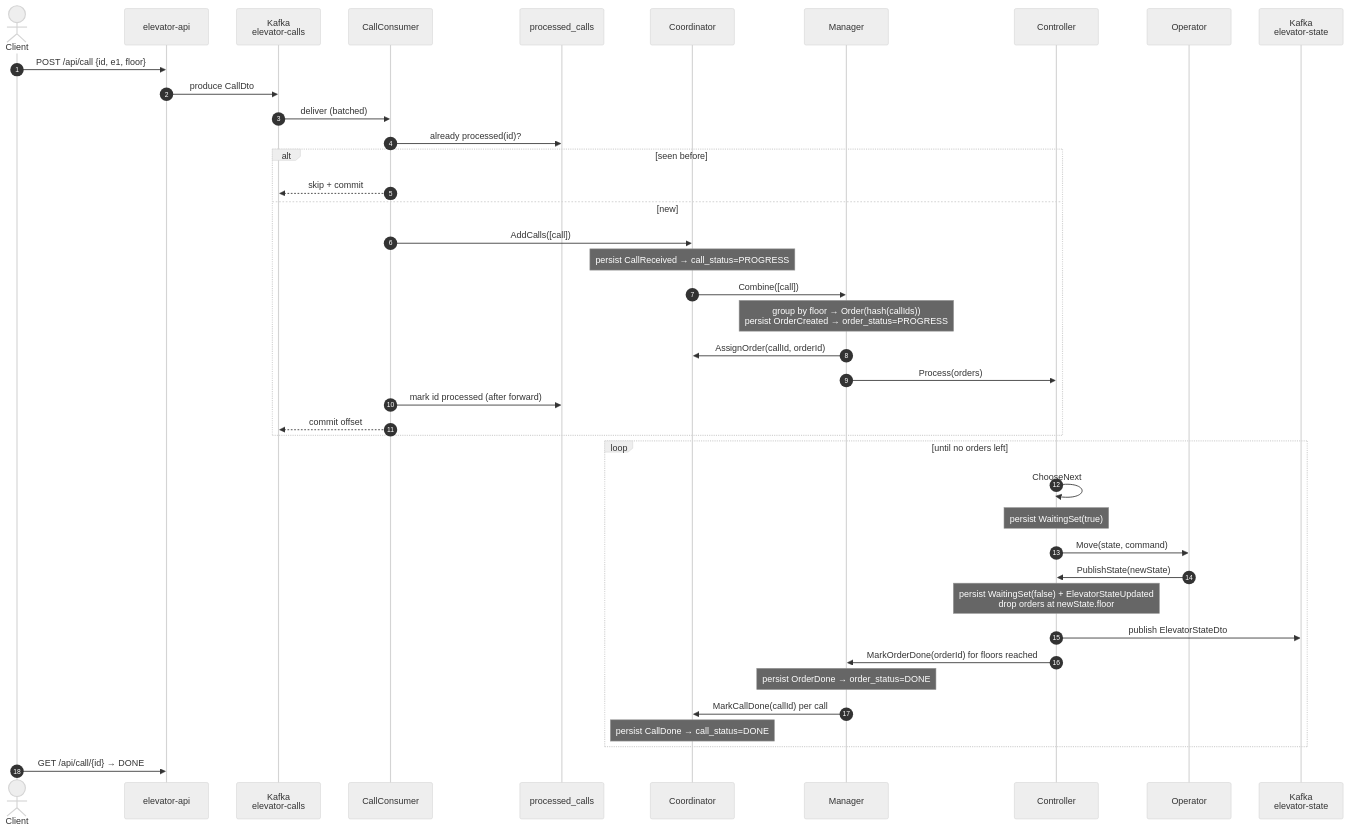
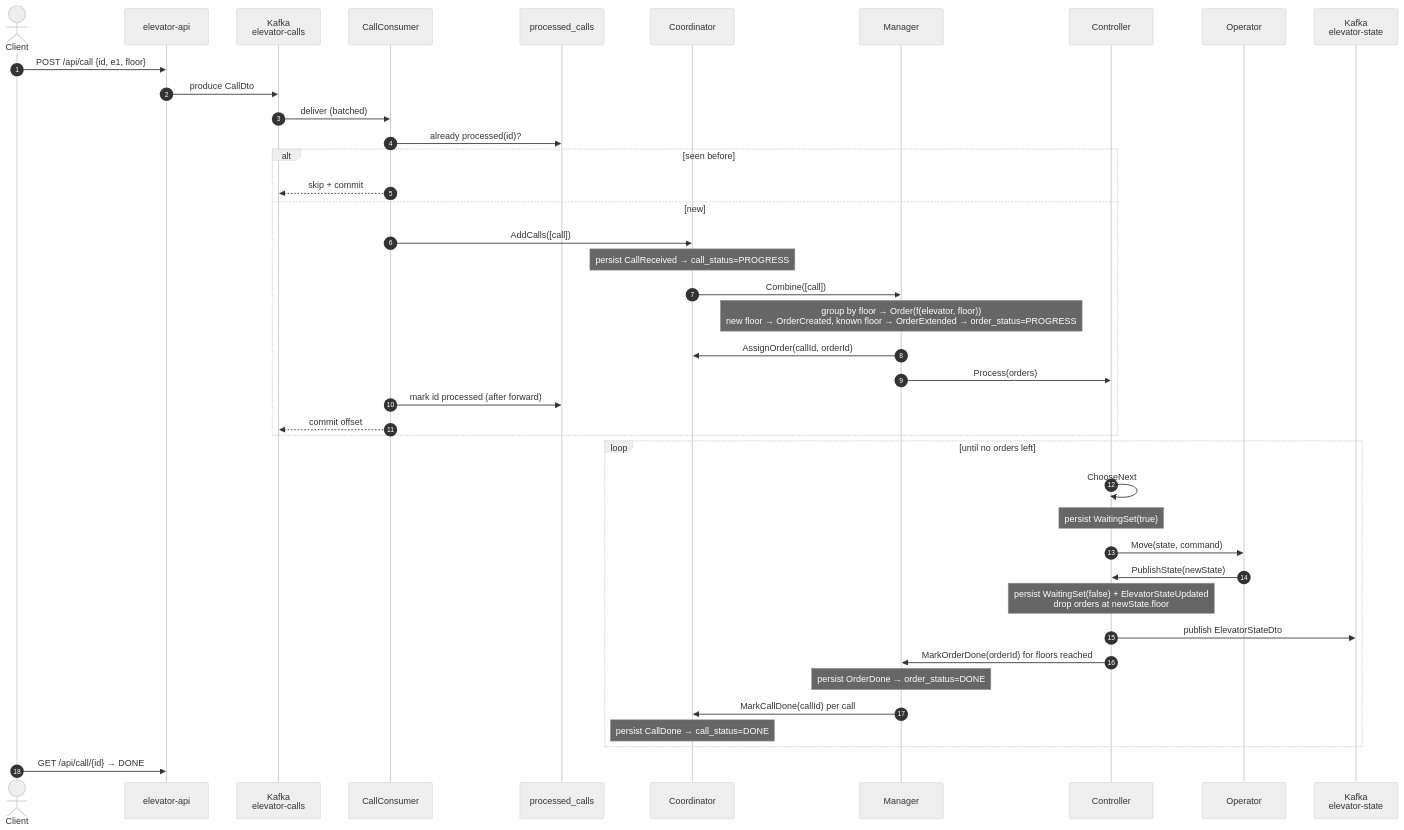
Before and after one commit to TwistedLady/elevator-system: the diagram in docs/protocol.md, drawn with Mermaid (neutral theme). The commit also changed other lines of this file and 4 other files, not shown here.

Commit message:
docs: describe the living per-floor order model

````diff
--- a/docs/protocol.md
+++ b/docs/protocol.md
@@ -43,44 +43,44 @@
 ```mermaid
 sequenceDiagram
     autonumber
     actor C as Client
     participant API as elevator-api
     participant KC as Kafka<br/>elevator-calls
     participant CC as CallConsumer
     participant DB as processed_calls
     participant Co as Coordinator
     participant Mg as Manager
     participant Ct as Controller
     participant Op as Operator
     participant KS as Kafka<br/>elevator-state
 
     C->>API: POST /api/call {id, e1, floor}
     API->>KC: produce CallDto
     KC->>CC: deliver (batched)
     CC->>DB: already processed(id)?
     alt seen before
         CC-->>KC: skip + commit
     else new
         CC->>Co: AddCalls([call])
         Note over Co: persist CallReceived → call_status=PROGRESS
         Co->>Mg: Combine([call])
-        Note over Mg: group by floor → Order(hash(callIds))<br/>persist OrderCreated → order_status=PROGRESS
+        Note over Mg: group by floor → Order(f(elevator, floor))<br/>new floor → OrderCreated, known floor → OrderExtended → order_status=PROGRESS
         Mg->>Co: AssignOrder(callId, orderId)
         Mg->>Ct: Process(orders)
         CC->>DB: mark id processed (after forward)
         CC-->>KC: commit offset
     end
     loop until no orders left
         Ct->>Ct: ChooseNext
         Note over Ct: persist WaitingSet(true)
         Ct->>Op: Move(state, command)
         Op->>Ct: PublishState(newState)
         Note over Ct: persist WaitingSet(false) + ElevatorStateUpdated<br/>drop orders at newState.floor
         Ct->>KS: publish ElevatorStateDto
         Ct->>Mg: MarkOrderDone(orderId) for floors reached
         Note over Mg: persist OrderDone → order_status=DONE
         Mg->>Co: MarkCallDone(callId) per call
         Note over Co: persist CallDone → call_status=DONE
     end
     C->>API: GET /api/call/{id} → DONE
 ```
````
